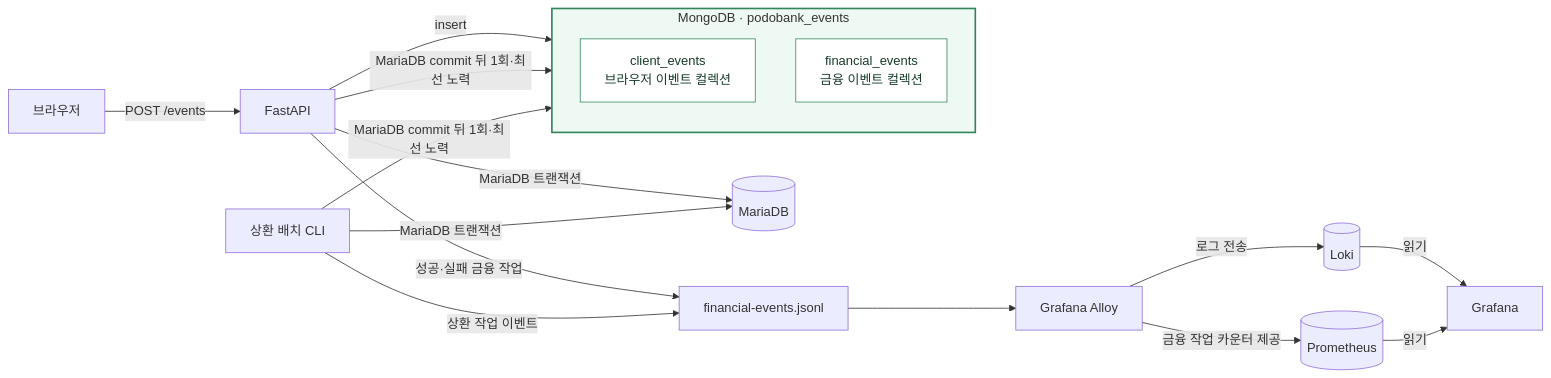
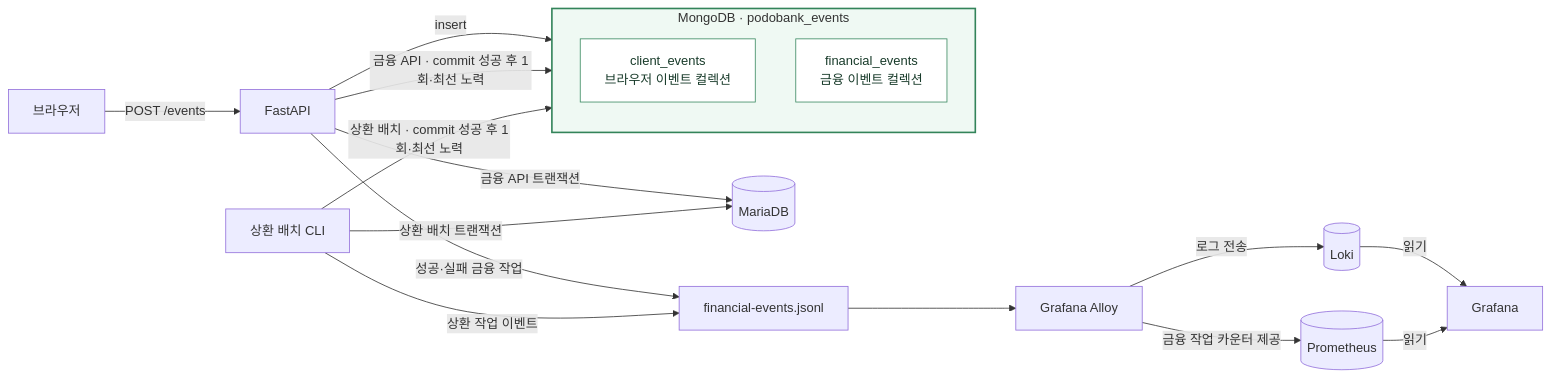
Before and after one commit to naelonambul/Podobank: the diagram in docs/operations/observability-and-events.md, drawn with Mermaid. The commit also changed 1 other file, not shown here.

Commit message:
docs: clarify event flow route labels

````diff
--- a/docs/operations/observability-and-events.md
+++ b/docs/operations/observability-and-events.md
@@ -7,26 +7,26 @@
 ```mermaid
 flowchart LR
   Browser[브라우저] -->|POST /events| API[FastAPI]
   API -->|insert| ClientEvents
-  API -->|MariaDB 트랜잭션| MariaDB[(MariaDB)]
-  API -->|MariaDB commit 뒤 1회·최선 노력| FinancialEvents
-  CLI[상환 배치 CLI] -->|MariaDB 트랜잭션| MariaDB
-  CLI -->|MariaDB commit 뒤 1회·최선 노력| FinancialEvents
+  API -->|금융 API 트랜잭션| MariaDB[(MariaDB)]
+  API -->|금융 API · commit 성공 후 1회·최선 노력| FinancialEvents
+  CLI[상환 배치 CLI] -->|상환 배치 트랜잭션| MariaDB
+  CLI -->|상환 배치 · commit 성공 후 1회·최선 노력| FinancialEvents
   API -->|성공·실패 금융 작업| JSONL[financial-events.jsonl]
   CLI -->|상환 작업 이벤트| JSONL
   JSONL --> Alloy[Grafana Alloy]
   Alloy -->|로그 전송| Loki[(Loki)]
   Alloy -->|금융 작업 카운터 제공| Prometheus[(Prometheus)]
   Loki -->|읽기| Grafana[Grafana]
   Prometheus -->|읽기| Grafana
 
   subgraph MongoService["MongoDB · podobank_events"]
     direction TB
     ClientEvents["client_events<br/>브라우저 이벤트 컬렉션"]
     FinancialEvents["financial_events<br/>금융 이벤트 컬렉션"]
   end
 
   classDef mongoCollection fill:#fff,stroke:#3b8a62,stroke-width:1px,color:#183b2a;
   class ClientEvents,FinancialEvents mongoCollection;
   style MongoService fill:#eff9f3,stroke:#33845a,stroke-width:2px;
 ```
````
